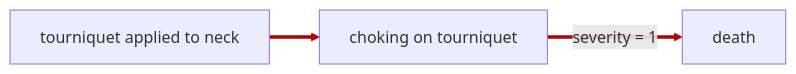
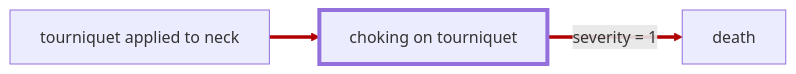
Before and after one commit to frederik-hoeft/rimworld-more-injuries: diagram 13 of 28 in README.md, drawn with Mermaid. The commit also changed other lines of this file and 14 other files, not shown here.

````diff
--- a/README.md
+++ b/README.md
@@ -585,12 +595,13 @@
 ```mermaid
 ---
 config:
   flowchart:
     htmlLabels: true
 ---
 flowchart LR
   tourniquet[tourniquet applied to neck] ==> choking_on_tourniquet[choking on tourniquet]
   choking_on_tourniquet ==> | severity = 1 | death[death]
 
   linkStyle 0,1 stroke: #b10000
+  style choking_on_tourniquet stroke-width: 4px
 ```
````
